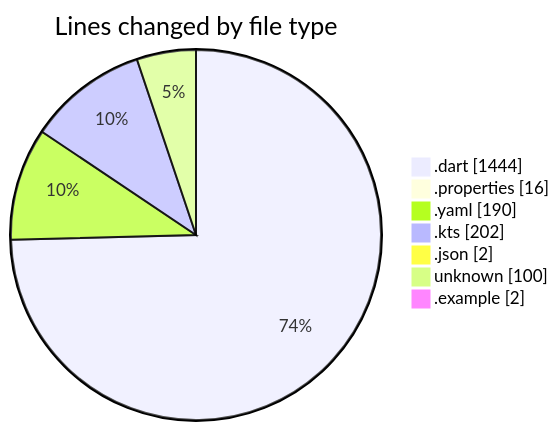
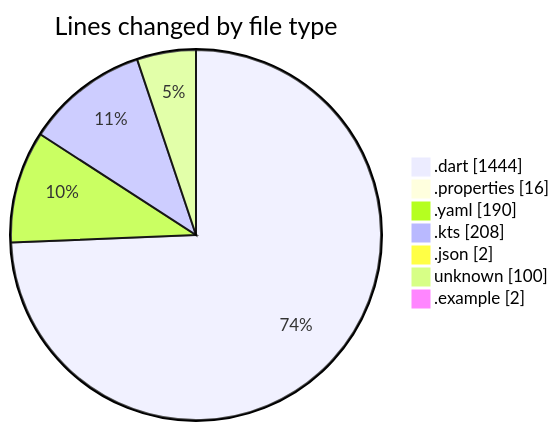
One commit to donsfak/code-tracking changed the first of 2 diagrams in 2025-10-31/weather_insights_app/README.md. Above: the diagram before and after it, drawn with Mermaid. The commit also changed other lines of this file and 1 other file, not shown here.

````diff
--- a/2025-10-31/weather_insights_app/README.md
+++ b/2025-10-31/weather_insights_app/README.md
@@ -31,11 +31,11 @@
 ```mermaid
 pie showData
 title Lines changed by file type
 ".dart" : 1444
 ".properties" : 16
 ".yaml" : 190
-".kts" : 202
+".kts" : 208
 ".json" : 2
 "unknown" : 100
 ".example" : 2
 ```
````
